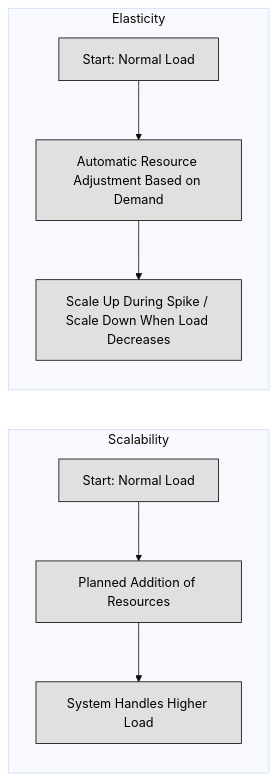
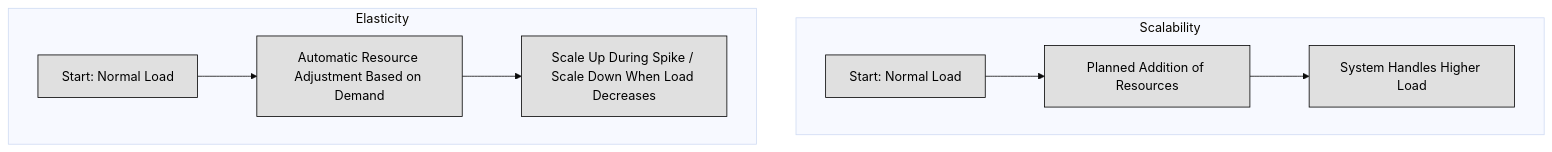
The sixth of 6 diagrams in DOMAIN3: Security Architecture and Engineering/3.05 Assess and mitigate the vulnerabilities of security architectures, designs and solution elements.md (lorenzoleonelli/CISSP-Zero-to-Hero), drawn with Mermaid (base theme) before and after one commit.

Commit message:
Update 3.05 Assess and mitigate the vulnerabilities of security architectures, designs and solution elements.md

````diff
--- a/DOMAIN3: Security Architecture and Engineering/3.05 Assess and mitigate the vulnerabilities of security architectures, designs and solution elements.md
+++ b/DOMAIN3: Security Architecture and Engineering/3.05 Assess and mitigate the vulnerabilities of security architectures, designs and solution elements.md
@@ -1406,15 +1406,15 @@
 ```mermaid
-graph LR
+graph TD
     subgraph Scalability
         A[Start: Normal Load] --> B[Planned Addition of Resources]
         B --> C[System Handles Higher Load]
     end
 
     subgraph Elasticity
         D[Start: Normal Load] --> E[Automatic Resource Adjustment Based on Demand]
         E --> F[Scale Up During Spike / Scale Down When Load Decreases]
     end
 
     classDef center fill:#ffffff,color:#000000,stroke:#000000,stroke-width:1px,font-weight:bold
     classDef node fill:#e0e0e0,color:#000000,stroke:#000000,stroke-width:1px
 ```
````
